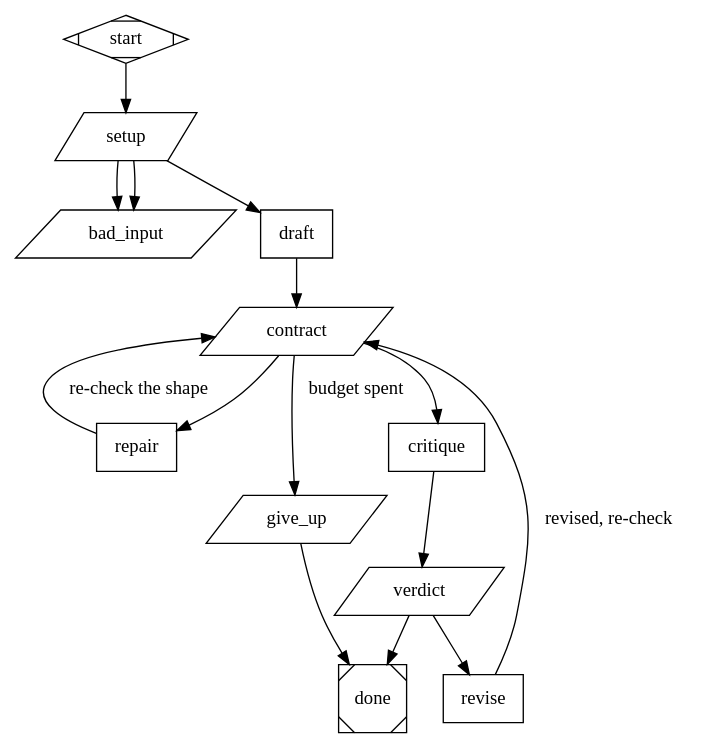
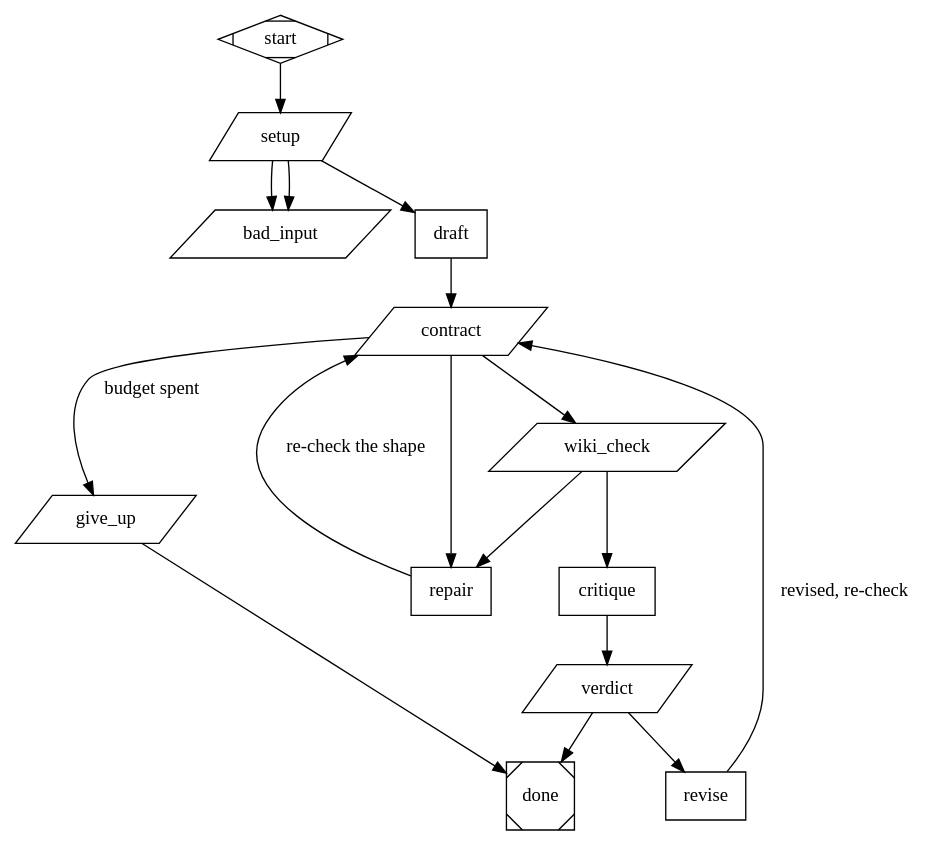
The diagram in tools/docs-runner/pipelines/page-update.dot (mparrett/let-go), drawn with Graphviz before and after one commit. The commit also changed 4 other files, not shown here.

````diff
--- a/tools/docs-runner/pipelines/page-update.dot
+++ b/tools/docs-runner/pipelines/page-update.dot
@@ -1,118 +1,132 @@
 // Draft, mechanically check, critique, revise -- one wiki page.
 //
 // This is the whole experiment. The docs runner's other backends answer
 // SYSTEM_PROMPT + USER_PROMPT with a single model call and take whatever comes
 // back; runner.py then applies four contract checks to the reply and, when one
 // fails, SKIPS the page. This graph puts those same four checks inside the loop
 // instead, so a reply that would have been dropped is handed back to the model
 // with the reason, and adds a critique pass over replies that are structurally
 // fine. Same harness, same page selection, same pull request -- the generation
 // step is the only thing that differs.
 //
 // Called by backends.AttractorBackend, which writes task.system.md and
 // task.user.md into a fresh working directory and reads state/answer.md back.
 // The file names are the interface between the two and must agree.
 
 digraph WikiPageUpdate {
     graph [
         goal="Produce the updated wiki page demanded by task.system.md and task.user.md, as state/answer.md, satisfying the reply contract the docs runner enforces and surviving a critique against the task's own rules.",
 
         default_max_retries=2,
         default_fidelity="truncate",
 
         // Nothing routes here on its own; every loop below re-enters through
         // the contract gate, which is where the iteration budget lives.
         retry_target="give_up"
     ]
 
     node [timeout="20m"]
     start [shape=Mdiamond]
     done  [shape=Msquare]
 
     // The budget is deliberately small. Each iteration is a full model call
     // over a diff plus a page body, this runs once per page, and a run does up
     // to MAX_PAGES_PER_RUN of them -- so a generous budget here multiplies into
     // real money and a job that outlives the Action's timeout. Three is enough
     // for draft, one mechanical repair and one critique revision, which is the
     // shape the failures actually take.
     setup [shape=parallelogram, timeout="30s", class="glue", max_retries=0,
         tool_command="if [ ! -s task.system.md ] || [ ! -s task.user.md ]; then printf missing; exit 0; fi; mkdir -p state || exit 1; B=${ATTRACTOR_PAGE_MAX_ITERATIONS:-3}; case \"$B\" in ''|*[!0-9]*) B=3;; esac; if [ \"$B\" -lt 1 ] || [ \"$B\" -gt 8 ]; then B=3; fi; echo \"$B\" > state/budget; printf ok"]
 
     bad_input [shape=parallelogram, timeout="30s", class="glue", max_retries=0,
         tool_command="echo 'FATAL: task.system.md or task.user.md missing or empty' >&2; exit 1"]
 
     // `must_write` rather than trusting the prose: a maker stage that answers in
     // chat instead of writing the file is a real failure mode, and catching it
     // here names it instead of letting the contract gate report an empty answer.
     draft [shape=box, class="maker", must_write="state/answer.md",
         prompt="Read task.system.md IN FULL -- it is your system prompt and its output contract is binding, and it is the ONLY place that says which of two jobs this is. Updating an existing page asks for the complete updated page starting with its frontmatter block, or the exact words NO CHANGE. Deciding whether a source file needs a NEW page asks for a PATH: line, a SUMMARY: line, then the page starting with its frontmatter block, or the exact words NO PAGE. Then read task.user.md, which holds the commit and its diff. Do exactly what task.system.md asks and write the result to state/answer.md. Write ONLY the deliverable: no preamble, no explanation, no code fence around the whole thing -- state/answer.md is consumed verbatim."]
 
     // The contract gate. Every check here mirrors one runner.py applies to a
     // reply, and each corresponds to an observed model failure: a bare
     // frontmatter block with no page (seen while evaluating candidate models),
     // a reply that forgot the frontmatter, and a whole page wrapped in a
     // Markdown fence. In the single-call backends each of these silently costs
     // the page. Here it costs an iteration.
     //
     // There are TWO contracts, not one, and conflating them was a real bug: the
     // first cluster run to reach a new-page decision failed here on a reply that
     // was correct. `update_page` wants a page starting with `---`, or NO CHANGE.
     // `create_page` wants `PATH:`, `SUMMARY:`, then the page, or NO PAGE -- a
     // reply that never starts with `---`. A gate that knows only the first
     // rejects every well-formed new-page answer, which would make this backend
     // worse than the single call at exactly the job it is meant to improve.
     //
     // The shape is detected from the answer rather than passed in, because
     // `Backend.complete(system, user)` carries no signal about which call it is
     // and widening that interface would touch every other backend.
     contract [shape=parallelogram, timeout="30s", class="gate", max_retries=0,
         goal_gate=true,
         tool_command="n=$(cat state/iter 2>/dev/null); n=$((${n:-0}+1)); echo $n > state/iter; B=$(cat state/budget 2>/dev/null); B=${B:-3}; if [ \"$n\" -gt \"$B\" ]; then printf exhausted; exit 0; fi; : > state/contract.log; A=state/answer.md; T=$(tr -d '[:space:]' < \"$A\" 2>/dev/null); if [ ! -s \"$A\" ]; then echo 'answer.md is missing or empty' >> state/contract.log; elif [ \"$T\" = 'NOCHANGE' ] || [ \"$T\" = 'NOPAGE' ]; then printf green; exit 0; else head -1 \"$A\" | grep -q '^[[:space:]]*```' && echo 'the reply is wrapped in a Markdown code fence; write the deliverable itself, not a fenced block' >> state/contract.log; if head -1 \"$A\" | grep -q '^PATH:'; then grep -q '^SUMMARY:' \"$A\" || echo 'a new-page reply needs a SUMMARY: line after PATH:' >> state/contract.log; grep -q '^---$' \"$A\" || echo 'a new-page reply needs the page itself after SUMMARY:, starting with a frontmatter delimiter line (---)' >> state/contract.log; elif ! head -1 \"$A\" | grep -q '^---$'; then echo 'the reply begins with neither a frontmatter delimiter line (---) nor a PATH: line; runner.py drops such a reply' >> state/contract.log; fi; c=$(awk '/^---$/{ if(s==0){s=1; next} else if(s==1){s=2; next} } s==2 && NF{n++} END{print n+0}' \"$A\"); [ \"${c:-0}\" -gt 0 ] || echo 'there is no page body after the frontmatter block; an empty page is worse than no page' >> state/contract.log; fi; if [ -s state/contract.log ]; then printf red; exit 1; fi; printf green"]
 
+    // The wiki's own validator, the one verifier here that is not a model.
+    // runner.py runs it too, but once, after every page is written, where a
+    // complaint fails the whole run. Here it costs an iteration. The script
+    // works on a private copy of the wiki and counts only complaints the copy
+    // did not already have; it prints `skip` when the backend was given no
+    // wiki (tests, local experiments), which routes on like a pass.
+    wiki_check [shape=parallelogram, timeout="2m", class="gate", max_retries=0,
+        tool_command="if [ -z \"${DOCS_WIKI_CHECK:-}\" ]; then printf skip; exit 0; fi; \"${DOCS_WIKI_PYTHON:-python3}\" \"$DOCS_WIKI_CHECK\""]
+
     repair [shape=box, class="maker", must_write="state/answer.md",
         prompt="Your previous answer violated the output contract. state/contract.log lists exactly what is wrong with state/answer.md; task.system.md states the contract it breaks. Fix state/answer.md so every complaint in state/contract.log is resolved. Change only what the contract requires -- the substance of the page was not what was rejected, its shape was. Do not add commentary to the file."]
 
     critique [shape=box, class="maker", must_write="state/critique.md",
         prompt="state/answer.md satisfies the mechanical contract. Now judge whether it is actually good. Re-read task.system.md for the rules the page must follow and task.user.md for what the commit actually changed. Check, specifically: does the page reflect what this commit did, or has it drifted into restating things the commit did not touch? Are the frontmatter fields still accurate, including citations and dates? Did it invent behaviour the diff does not show? Did it delete content that is still true? Is the edit proportionate -- a small commit should not rewrite a page. Write state/critique.md ending with a line reading exactly VERDICT: APPROVED or VERDICT: REVISE, and when it is REVISE, list the specific changes required above that line. Approve work that is correct and proportionate; you are not required to find fault, and a gratuitous revision costs a model call and risks making the page worse."]
 
     verdict [shape=parallelogram, timeout="30s", class="glue", max_retries=0,
         tool_command="grep -qE '^VERDICT: APPROVED' state/critique.md && printf approved || printf revise"]
 
     revise [shape=box, class="maker", must_write="state/answer.md",
         prompt="Apply the changes state/critique.md requires to state/answer.md, and nothing beyond them. Keep the output contract from task.system.md intact: the file stays a complete page beginning with its frontmatter, with no commentary. If on reflection a criticism is wrong, leave that part as it is and say why at the end of state/critique.md -- but do not simply ignore it."]
 
     // Budget spent without the critic approving. The answer still goes back:
     // it has passed the same contract checks the single-call backends apply, so
     // it is no worse than the baseline's output, and refusing to emit it would
     // turn a merely-unconverged page into a skipped one. The marker file and
     // the stderr line are what keep that from being a silent quality claim --
     // the container log is the run's only durable record.
     give_up [shape=parallelogram, timeout="30s", class="glue", max_retries=0,
         tool_command="if [ ! -s state/answer.md ]; then echo 'ABANDONED: iteration budget spent with no answer that satisfies the output contract' >&2; exit 1; fi; touch state/unconverged; echo \"UNCONVERGED: emitting the last answer after $(cat state/iter 2>/dev/null) iterations without critic approval; see state/critique.md\" >&2; printf emit"]
 
     start -> setup
     setup -> bad_input [condition="outcome=fail"]
     setup -> bad_input [condition="context.tool.output=missing"]
     setup -> draft     [condition="context.tool.output=ok"]
 
     draft -> contract
 
-    contract -> critique [condition="context.tool.output=green && outcome=success"]
+    contract -> wiki_check [condition="context.tool.output=green && outcome=success"]
     contract -> repair   [condition="outcome=fail"]
     contract -> give_up  [condition="context.tool.output=exhausted && outcome=success", label="budget spent"]
+
+    // A validator complaint is repaired like a contract break, and the repair
+    // goes back through the contract gate, where the budget is counted.
+    wiki_check -> critique [condition="outcome=success"]
+    wiki_check -> repair   [condition="outcome=fail"]
 
     // Back through the gate rather than onward: the repair is itself a model
     // call and can violate the contract in a new way, and the gate is also
     // where the iteration counter lives.
     repair -> contract [loop_restart="true", fidelity="truncate", label="re-check the shape"]
 
     critique -> verdict
     verdict -> done   [condition="context.tool.output=approved"]
     verdict -> revise [condition="context.tool.output=revise"]
 
     // Same reason: a revision is a fresh page body and has to clear the
     // contract again before it can be approved.
     revise -> contract [loop_restart="true", fidelity="truncate", label="revised, re-check"]
 
     give_up -> done
 }
````
